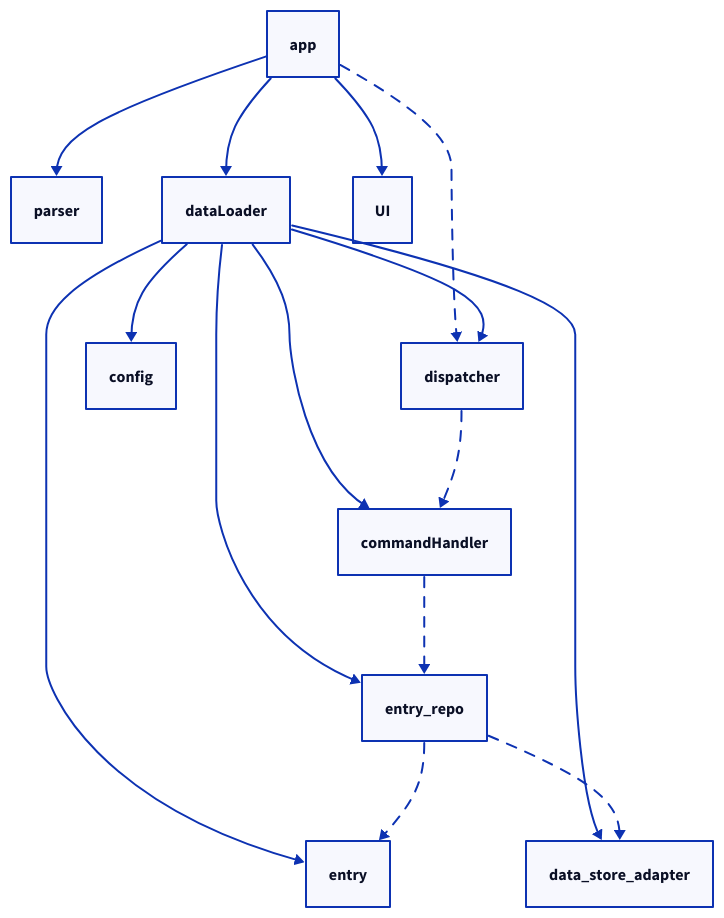
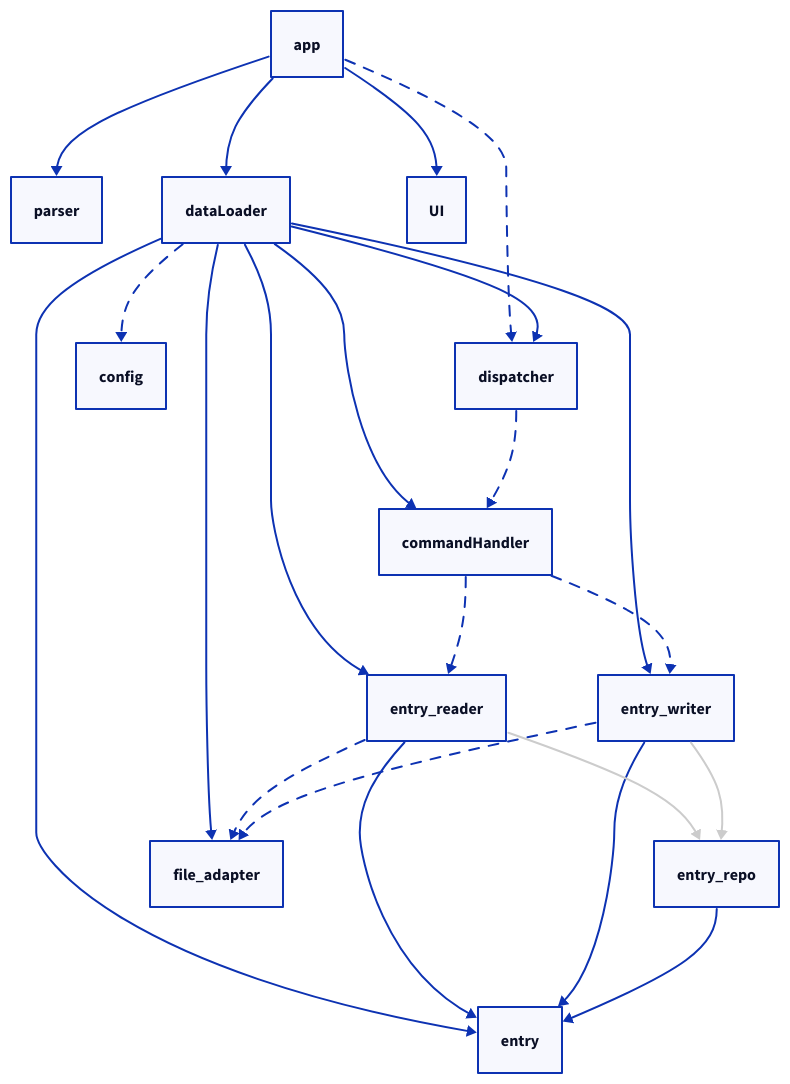
Before and after one commit to davidlee/nau-js: the diagram in doc/depends.d2, drawn with D2. The commit also changed 19 other files, not shown here.

```diff
--- a/doc/depends.d2
+++ b/doc/depends.d2
@@ -1,27 +1,39 @@
 # d2 --sketch depends.d2 --watch depends.svg && open -a Arc depends.svg
 app
 parser
 dispatcher
 commandHandler
 entry_repo
 entry
-data_store_adapter
+file_adapter
 
 app -> parser
 app -> dispatcher {style.stroke-dash: 5}
 app -> dataLoader
 app -> UI
 
 
 dataLoader -> commandHandler
-dataLoader -> config
+dataLoader -> config {style.stroke-dash: 5}
 dataLoader -> dispatcher
-dataLoader -> entry_repo
+# :dataLoader -> entry_repo
 dataLoader -> entry
-dataLoader -> data_store_adapter
+dataLoader -> file_adapter
 
+dataLoader -> entry_reader
+dataLoader -> entry_writer
+# entry_reader -> entry_repo {style.stroke-dash: 5}
+# entry_writer -> entry_repo {style.stroke-dash: 5}
+entry_reader -> file_adapter {style.stroke-dash: 5}
+entry_writer -> file_adapter {style.stroke-dash: 5}
+entry_reader -> entry 
+entry_writer -> entry 
+entry_reader -> entry_repo {style.stroke: "#ccc"}
+entry_writer -> entry_repo {style.stroke: "#ccc"}
+entry_repo -> entry 
 
 dispatcher -> commandHandler {style.stroke-dash: 5}
-commandHandler -> entry_repo {style.stroke-dash: 5}
-entry_repo -> entry    {style.stroke-dash: 5}
-entry_repo -> data_store_adapter {style.stroke-dash: 5}
+commandHandler -> entry_reader {style.stroke-dash: 5}
+commandHandler -> entry_writer {style.stroke-dash: 5}
+#entry_repo -> entry    {style.stroke-dash: 5}
+#entry_repo -> file_adapter {style.stroke-dash: 5}
```
